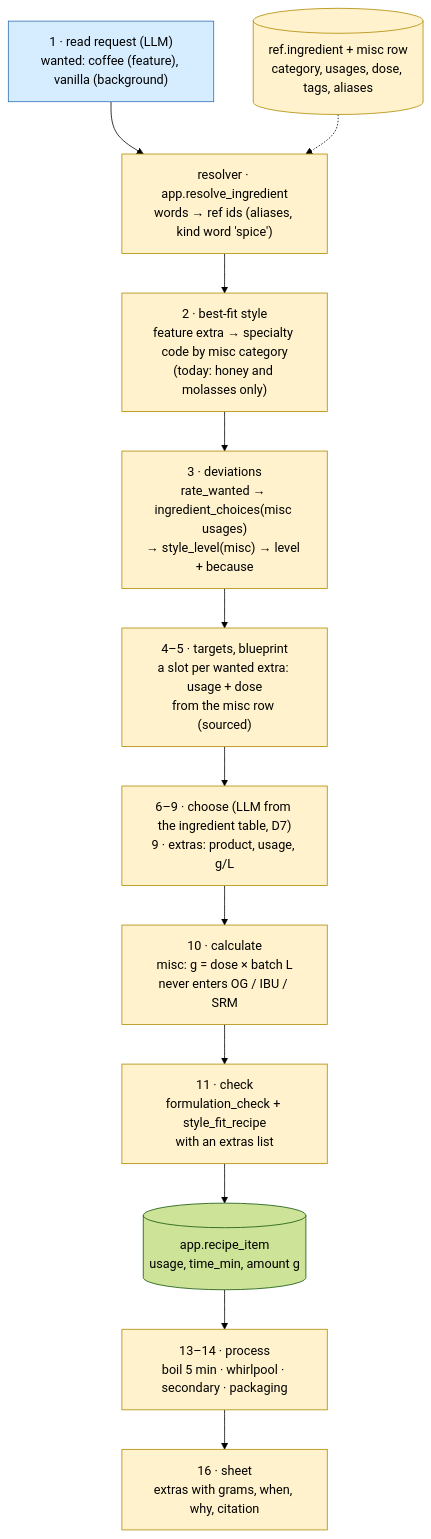
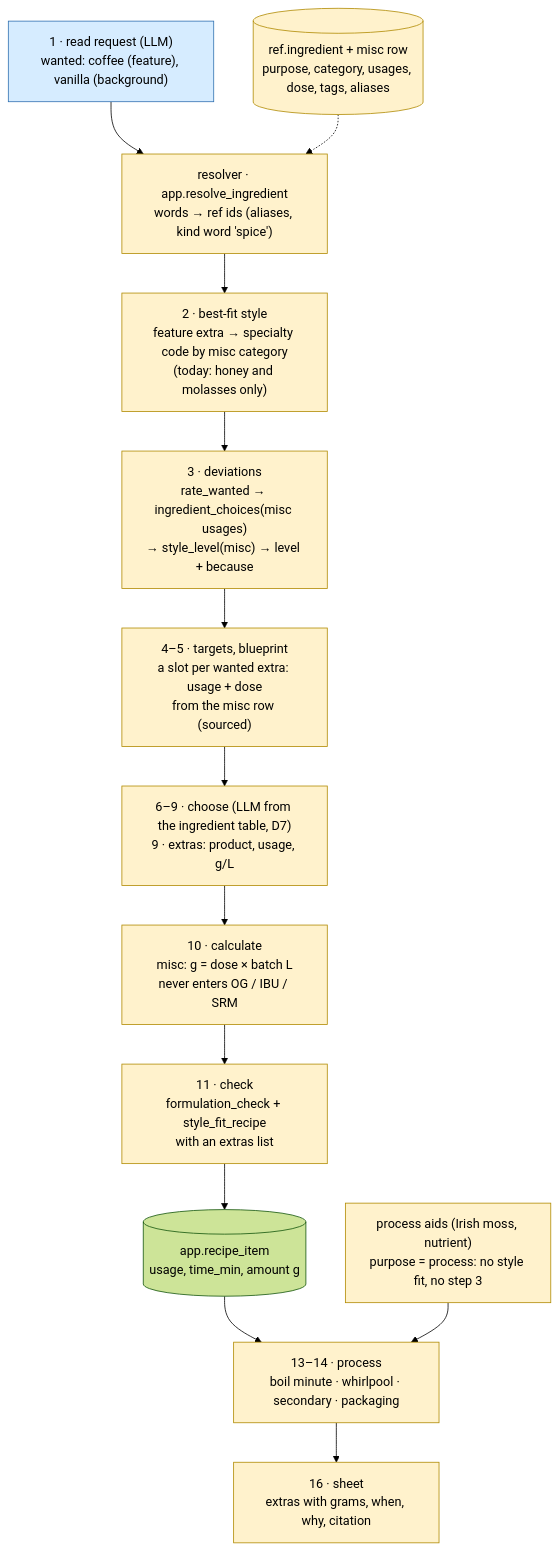
One commit to badacsonyigorenyember/homebrew_ai changed the fourth of 4 diagrams in docs/INGREDIENT-INTAKE.md. Above: the diagram before and after it, drawn with Mermaid (forest theme). The commit also changed other lines of this file and 1 other file, not shown here.

Commit message:
Add intake form design to ingredient discovery

````diff
--- a/docs/INGREDIENT-INTAKE.md
+++ b/docs/INGREDIENT-INTAKE.md
@@ -262,21 +409,22 @@
 ```mermaid
 flowchart TD
-    REF[("ref.ingredient + misc row<br/>category, usages, dose, tags, aliases")]
+    REF[("ref.ingredient + misc row<br/>purpose, category, usages, dose, tags, aliases")]
     S1["1 · read request (LLM)<br/>wanted: coffee (feature), vanilla (background)"] --> RES
     RES["resolver · app.resolve_ingredient<br/>words → ref ids (aliases, kind word 'spice')"]
     REF -.-> RES
     RES --> S2["2 · best-fit style<br/>feature extra → specialty code by misc category<br/>(today: honey and molasses only)"]
     S2 --> S3["3 · deviations<br/>rate_wanted → ingredient_choices(misc usages)<br/>→ style_level(misc) → level + because"]
     S3 --> S5["4–5 · targets, blueprint<br/>a slot per wanted extra: usage + dose<br/>from the misc row (sourced)"]
     S5 --> S9["6–9 · choose (LLM from the ingredient table, D7)<br/>9 · extras: product, usage, g/L"]
     S9 --> S10["10 · calculate<br/>misc: g = dose × batch L<br/>never enters OG / IBU / SRM"]
     S10 --> S11["11 · check<br/>formulation_check + style_fit_recipe<br/>with an extras list"]
     S11 --> SAVE[("app.recipe_item<br/>usage, time_min, amount g")]
-    SAVE --> S13["13–14 · process<br/>boil 5 min · whirlpool · secondary · packaging"]
+    SAVE --> S13["13–14 · process<br/>boil minute · whirlpool · secondary · packaging"]
+    PA["process aids (Irish moss, nutrient)<br/>purpose = process: no style fit, no step 3"] --> S13
     S13 --> S16["16 · sheet<br/>extras with grams, when, why, citation"]
 
     classDef built fill:#d6ecff,stroke:#2f6fb0,color:#000
     classDef add fill:#fff2cc,stroke:#b08a00,color:#000
     class S1 built
-    class RES,S2,S3,S5,S9,S10,S11,S13,S16,REF add
+    class RES,S2,S3,S5,S9,S10,S11,S13,S16,REF,PA add
 ```
````
